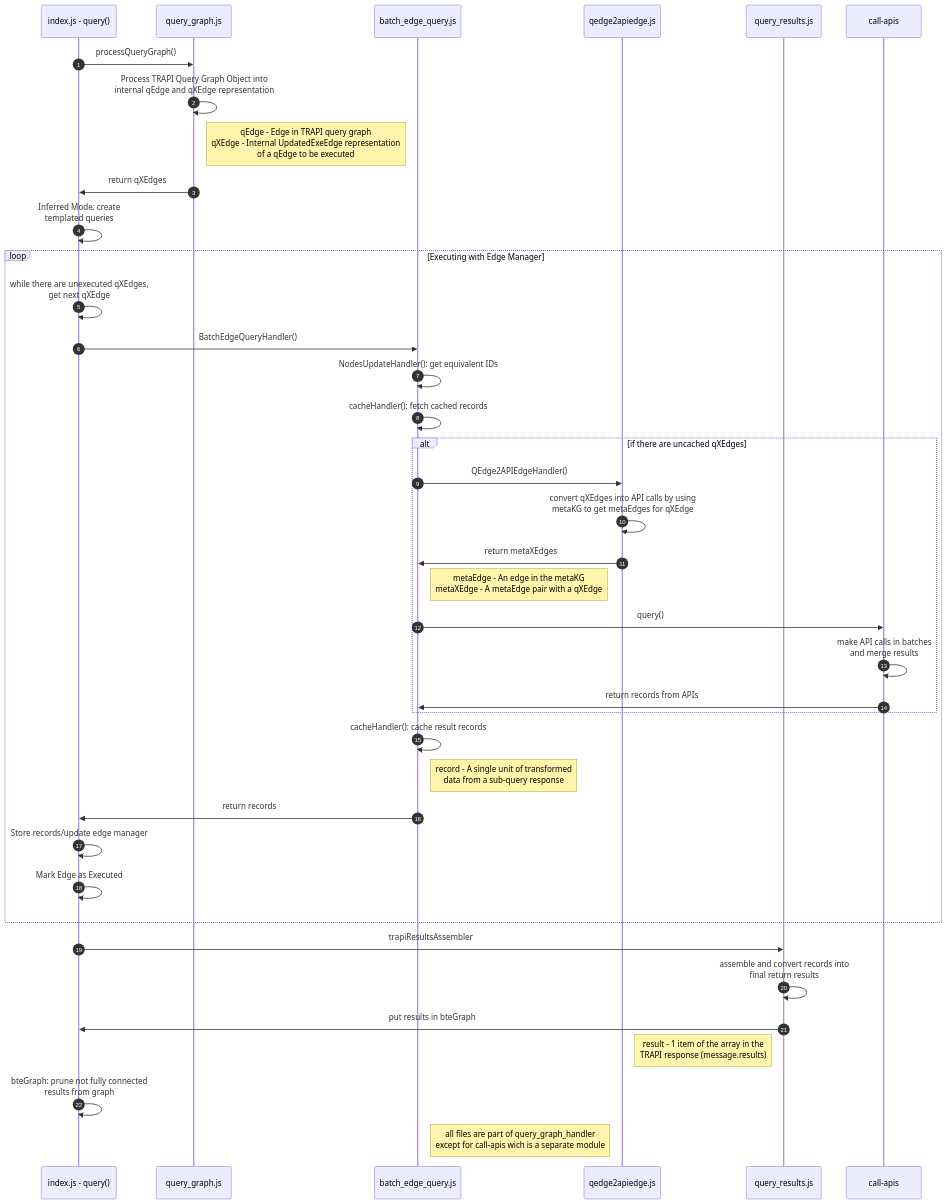
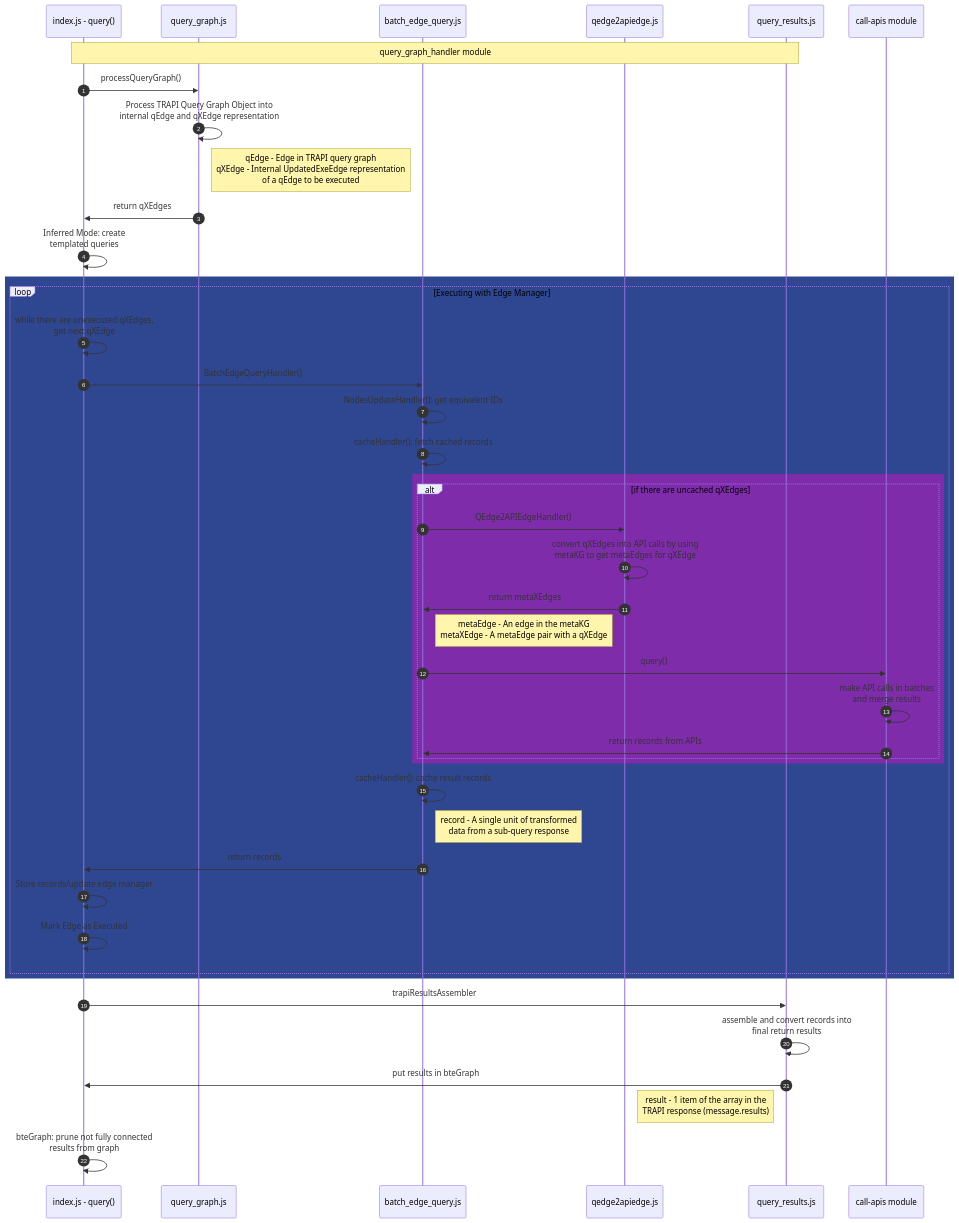
One commit to biothings/biothings_explorer changed the diagram in README.md. Above: the diagram before and after it, drawn with Mermaid.

Commit message:
feat: add color to diagram

````diff
--- a/README.md
+++ b/README.md
@@ -23,51 +23,55 @@
 ```mermaid
 sequenceDiagram
 autonumber
 participant I as index.js - query()
 participant QG as query_graph.js 
 participant BEQ as batch_edge_query.js
 participant Q2A as qedge2apiedge.js
 participant R as query_results.js
-participant C as call-apis
+participant C as call-apis module
 
+note over I, R: query_graph_handler module
 
 I->>QG: processQueryGraph()
 QG->>QG: Process TRAPI Query Graph Object into <br/> internal qEdge and qXEdge representation
 note right of QG: qEdge - Edge in TRAPI query graph <br/> qXEdge - Internal UpdatedExeEdge representation <br/> of a qEdge to be executed
 QG->>I: return qXEdges
 
 I->>I: Inferred Mode: create <br/> templated queries
 
+rect rgb(47, 71, 145)
 loop Executing with Edge Manager
 I->>I: while there are unexecuted qXEdges, <br/> get next qXEdge
 
 I->>BEQ: BatchEdgeQueryHandler()
 BEQ->>BEQ: NodesUpdateHandler(): get equivalent IDs
 BEQ->>BEQ: cacheHandler(): fetch cached records
 
+rect rgb(127, 44, 171)
 alt if there are uncached qXEdges
 BEQ->>Q2A: QEdge2APIEdgeHandler()
 Q2A->>Q2A: convert qXEdges into API calls by using <br/> metaKG to get metaEdges for qXEdge
 Q2A->>BEQ: return metaXEdges
 note right of BEQ: metaEdge - An edge in the metaKG <br/> metaXEdge - A metaEdge pair with a qXEdge
 BEQ->>C: query()
 C->>C: make API calls in batches <br/> and merge results
 C->>BEQ: return records from APIs
+end
 end
 
 BEQ->>BEQ: cacheHandler(): cache result records
 note right of BEQ: record - A single unit of transformed <br/> data from a sub-query response
 
 BEQ->>I: return records
 
 I->>I: Store records/update edge manager
 I->>I: Mark Edge as Executed
 end
+end
 
 I->>R: trapiResultsAssembler
 R->>R: assemble and convert records into <br/> final return results
 R->>I: put results in bteGraph
 note left of R: result - 1 item of the array in the <br/> TRAPI response (message.results)
 I->>I: bteGraph: prune not fully connected <br/> results from graph
-note right of BEQ: all files are part of query_graph_handler <br/> except for call-apis wich is a separate module
 ```
````
